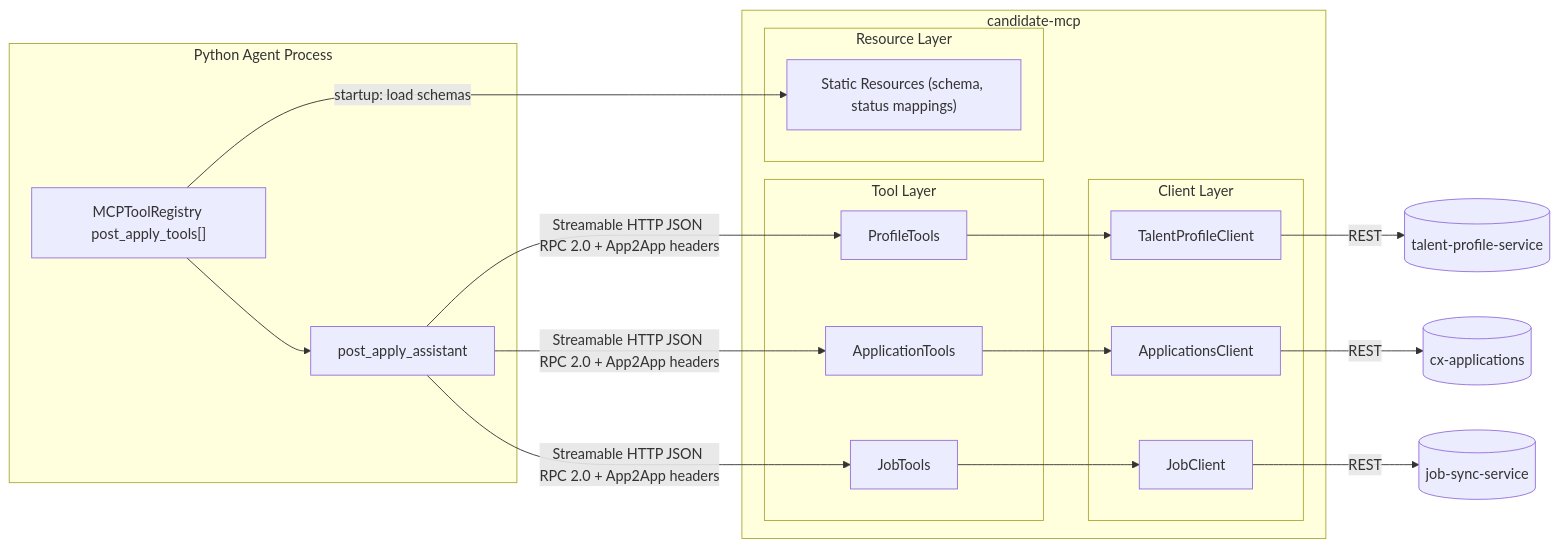
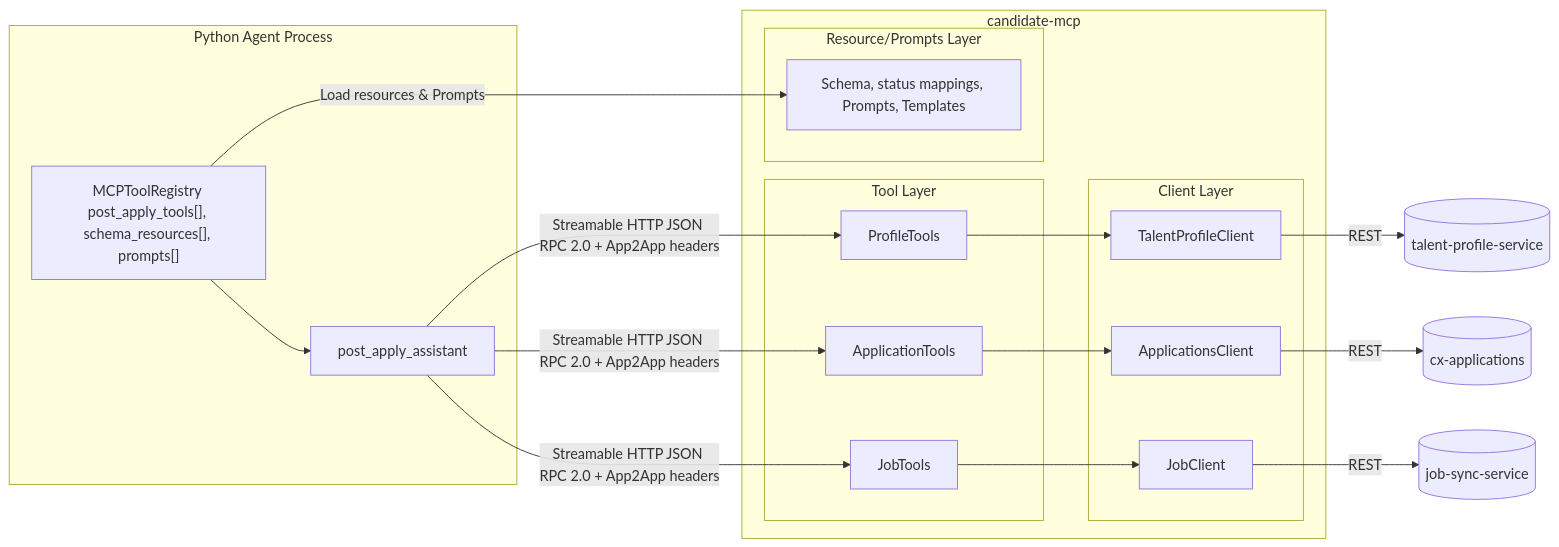
The fourth of 30 diagrams in LLD_POST_APPLY_ASSISTANT.md (venkat-raman17/candidate-agent), drawn with Mermaid before and after one commit.

Commit message:
chore: docs update for lld

````diff
--- a/LLD_POST_APPLY_ASSISTANT.md
+++ b/LLD_POST_APPLY_ASSISTANT.md
@@ -259,36 +259,36 @@
 ```mermaid
 flowchart LR
     subgraph "Python Agent Process"
-        REG["MCPToolRegistry post_apply_tools[]"]
+        REG["MCPToolRegistry post_apply_tools[], schema_resources[], prompts[]"]
         PAA["post_apply_assistant"]
         REG --> PAA
     end
 
     subgraph "candidate-mcp"
         subgraph "Tool Layer"
             PT["ProfileTools"]
             AT["ApplicationTools"]
             JT["JobTools"]
         end
         subgraph "Client Layer"
             TC["TalentProfileClient"]
             CC["ApplicationsClient"]
             JSC["JobClient"]
         end
-        subgraph "Resource Layer"
-            SR["Static Resources (schema, status mappings)"]
+        subgraph "Resource/Prompts Layer"
+            SR["Schema, status mappings, Prompts, Templates"]
         end
         PT --> TC
         AT --> CC
         JT --> JSC
     end
 
     PAA -->|"Streamable HTTP JSON RPC 2.0 + App2App headers"| PT
     PAA -->|"Streamable HTTP JSON RPC 2.0 + App2App headers"| AT
     PAA -->|"Streamable HTTP JSON RPC 2.0 + App2App headers"| JT
-    REG -->|"startup: load schemas"| SR
+    REG -->|"Load resources & Prompts"| SR
 
     TC -->|"REST"| TPS[("talent-profile-service")]
     CC -->|"REST"| CXA[("cx-applications")]
     JSC -->|"REST"| JSS[("job-sync-service")]
 ```
````
